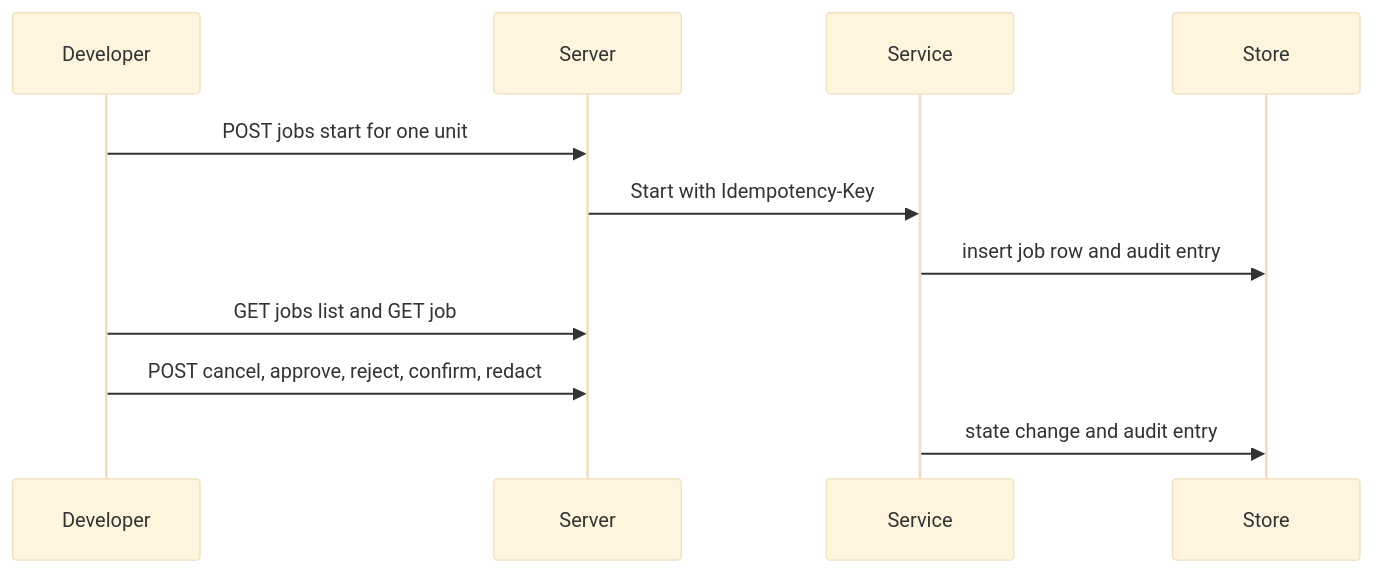
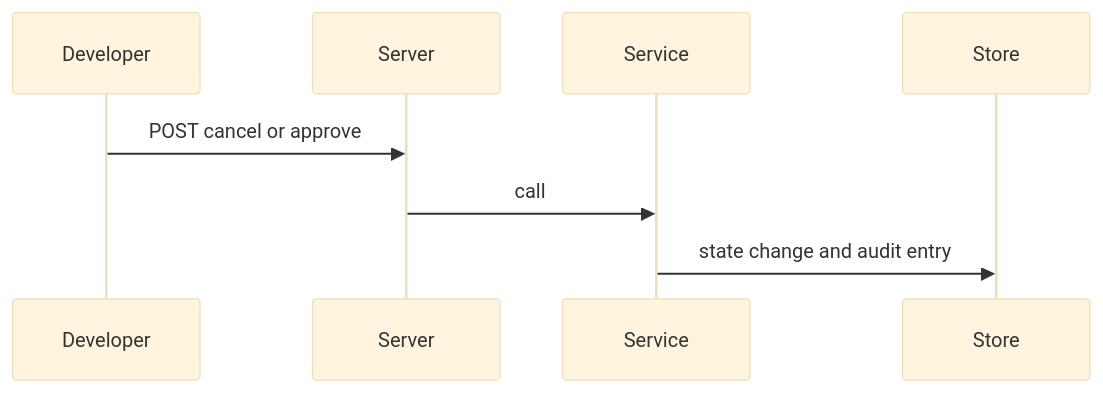
Before and after one commit to OpenDustpan/OpenDustpan: the first of 2 diagrams in openspec/changes/add-job-service-routes-start-1/design.md, drawn with Mermaid (base theme). The commit also changed other lines of this file and 35 other files, not shown here.

````diff
--- a/openspec/changes/add-job-service-routes-start-1/design.md
+++ b/openspec/changes/add-job-service-routes-start-1/design.md
@@ -48,9 +31,6 @@
 ```mermaid
 sequenceDiagram
-Developer->>Server: POST jobs start for one unit
-Server->>Service: Start with Idempotency-Key
-Service->>Store: insert job row and audit entry
-Developer->>Server: GET jobs list and GET job
-Developer->>Server: POST cancel, approve, reject, confirm, redact
+Developer->>Server: POST cancel or approve
+Server->>Service: call
 Service->>Store: state change and audit entry
 ```
````
